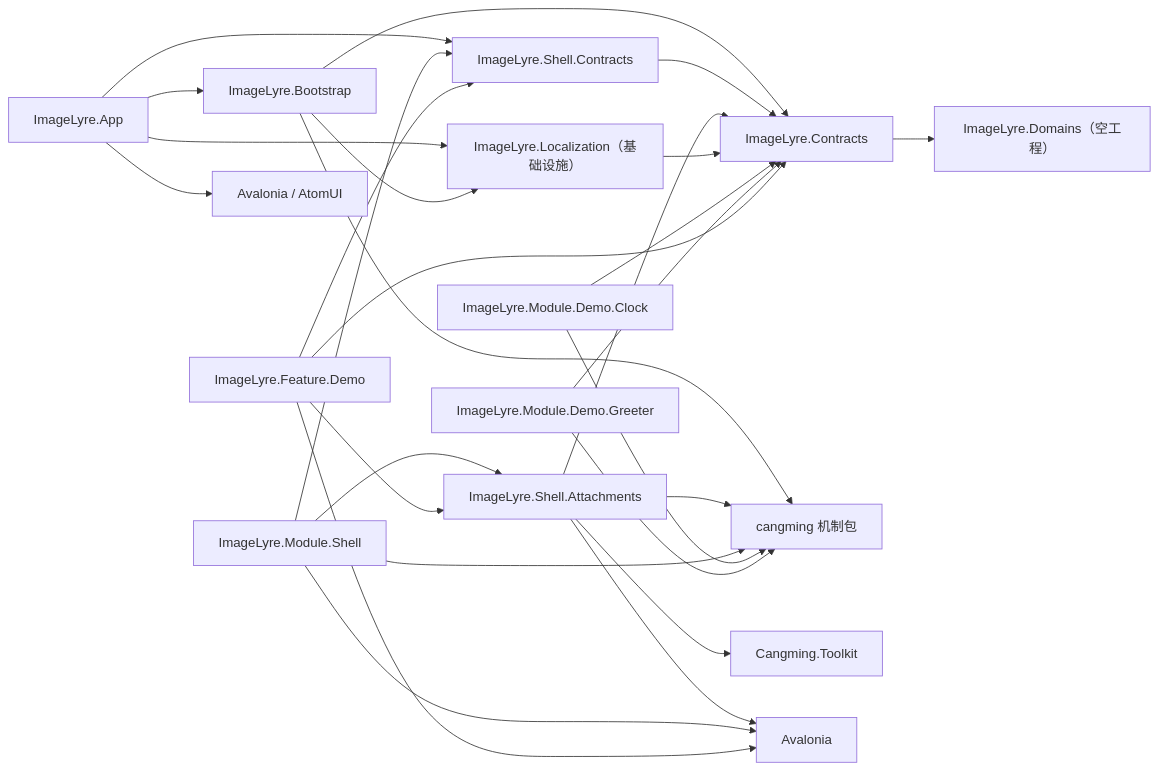
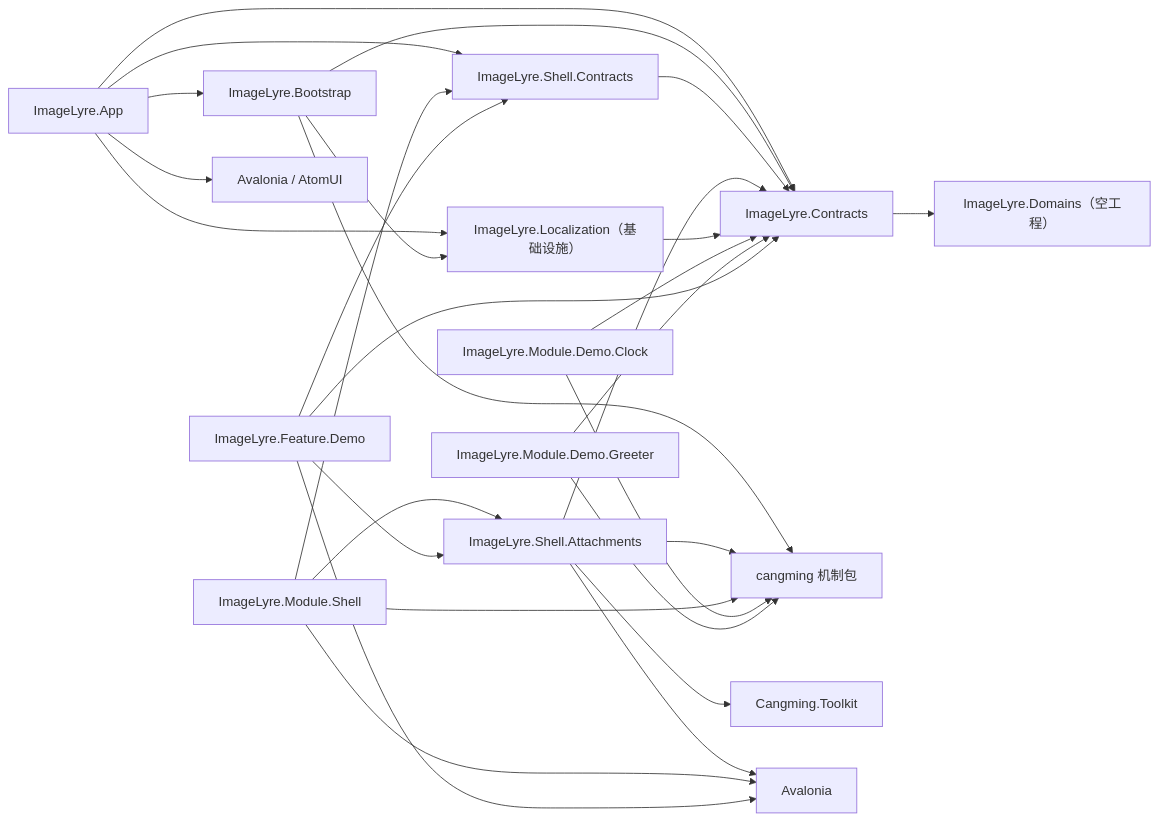
One commit to xknife-erian/ImageLyre changed the first of 2 diagrams in docs/design/lukan/DESIGN-0001-M1-插件骨架.md. Above: the diagram before and after it, drawn with Mermaid. The commit also changed other lines of this file, not shown here.

First line of the commit message:
docs(design): 回写 App 的契约依赖与 AtomUI 启动硬要求

````diff
--- a/docs/design/lukan/DESIGN-0001-M1-插件骨架.md
+++ b/docs/design/lukan/DESIGN-0001-M1-插件骨架.md
@@ -76,41 +77,42 @@
 ```mermaid
 flowchart LR
     BOOT["ImageLyre.Bootstrap"]
     APP["ImageLyre.App"]
     SC["ImageLyre.Shell.Contracts"]
     SA["ImageLyre.Shell.Attachments"]
     DC["ImageLyre.Contracts"]
     DN["ImageLyre.Domains（空工程）"]
     MS["ImageLyre.Module.Shell"]
     LOC["ImageLyre.Localization（基础设施）"]
     MC["ImageLyre.Module.Demo.Clock"]
     MG["ImageLyre.Module.Demo.Greeter"]
     FD["ImageLyre.Feature.Demo"]
 
     APP --> BOOT
     APP --> SC
+    APP --> DC
     APP --> AV["Avalonia / AtomUI"]
     BOOT --> CM["cangming 机制包"]
     BOOT --> DC
     SC --> DC
     SA --> DC
     SA --> CM
     SA --> TK["Cangming.Toolkit"]
     SA --> AVL["Avalonia"]
     DC --> DN
     MS --> SC
     MS --> SA
     MS --> CM
     MS --> AVL
     LOC --> DC
     APP --> LOC
     BOOT --> LOC
     MC --> DC
     MC --> CM
     MG --> DC
     MG --> CM
     FD --> SC
     FD --> SA
     FD --> DC
     FD --> AVL
 ```
````
